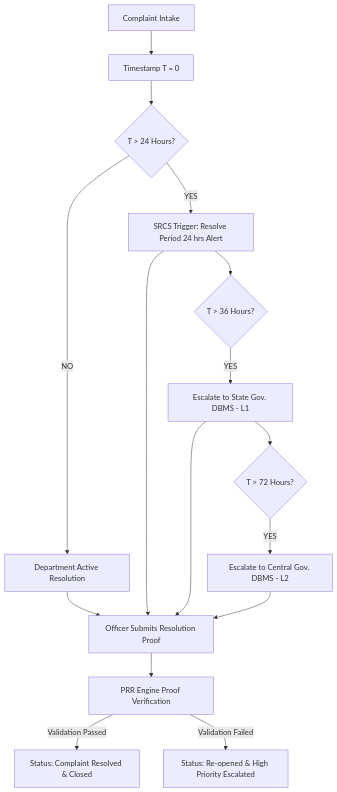
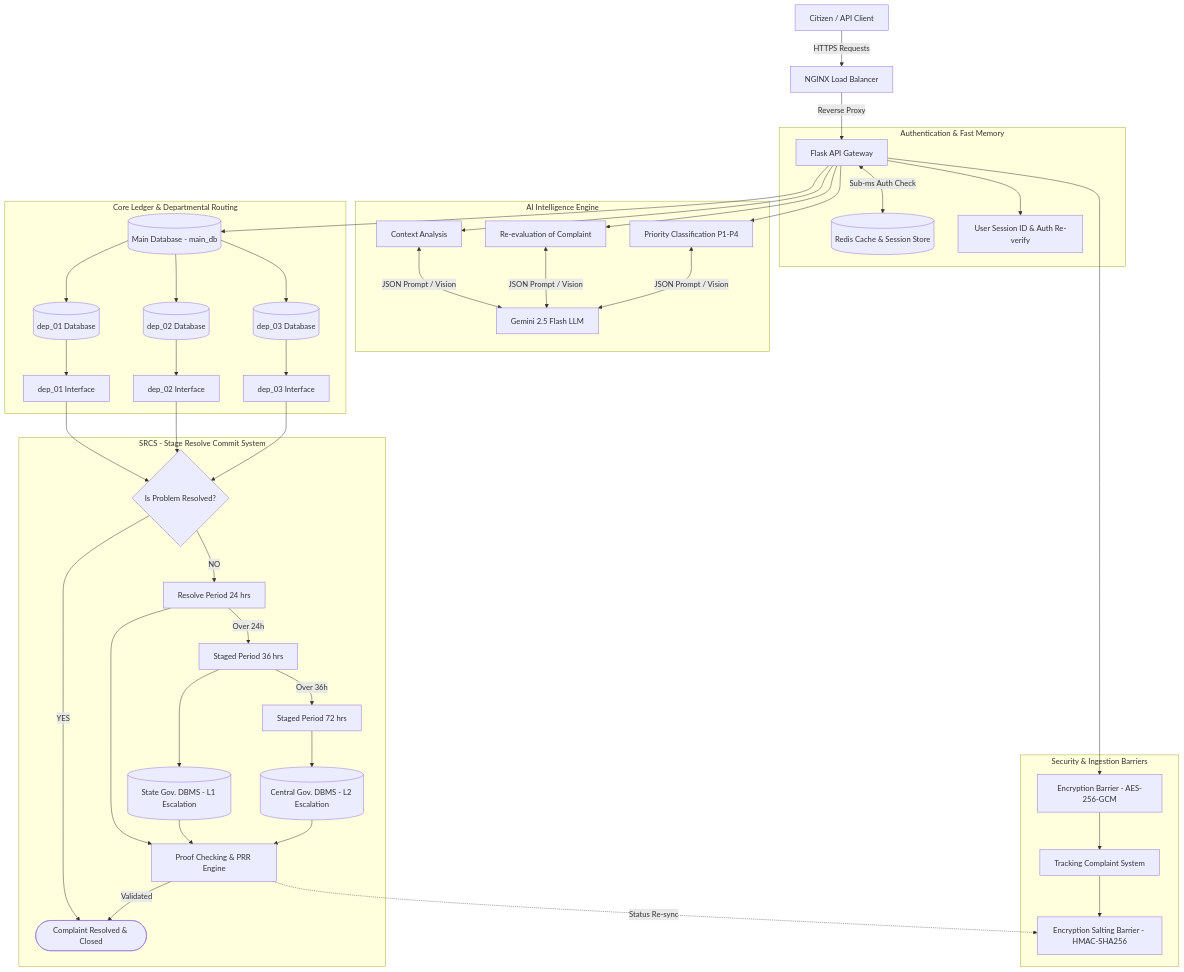
The diagram in docs/Security_audits.md (CSMU-CodeSync/SIH_02-), drawn with Mermaid before and after one commit. The commit also changed other lines of this file and 10 other files, not shown here.

Commit message:
Update all markdown files with complete architecture diagrams and component references

````diff
--- a/docs/Security_audits.md
+++ b/docs/Security_audits.md
@@ -25,19 +14,45 @@
 ```mermaid
 flowchart TD
- Complaint[Complaint Intake] --> T0[Timestamp T = 0]
- T0 --> Check24{T > 24 Hours?}
- Check24 -- NO --> Active[Department Active Resolution]
- Check24 -- YES --> SLA24[SRCS Trigger: Resolve Period 24 hrs Alert]
- 
- SLA24 --> Check36{T > 36 Hours?}
- Check36 -- YES --> SLA36[Escalate to State Gov. DBMS - L1]
- 
- SLA36 --> Check72{T > 72 Hours?}
- Check72 -- YES --> SLA72[Escalate to Central Gov. DBMS - L2]
- 
- Active & SLA24 & SLA36 & SLA72 --> OfficerSubmit[Officer Submits Resolution Proof]
- OfficerSubmit --> PRRVerify[PRR Engine Proof Verification]
- 
- PRRVerify -- Validation Passed --> Close[Status: Complaint Resolved & Closed]
- PRRVerify -- Validation Failed --> Reopen[Status: Re-opened & High Priority Escalated]
+    Client[Citizen / API Client] -->|HTTPS Requests| NGINX[NGINX Load Balancer]
+    NGINX -->|Reverse Proxy| Flask[Flask API Gateway]
+    
+    subgraph Authentication & Fast Memory
+        Flask <-->|Sub-ms Auth Check| Redis[(Redis Cache & Session Store)]
+        Flask --> Auth[User Session ID & Auth Re-verify]
+    end
+
+    subgraph Security & Ingestion Barriers
+        Flask --> EncBarrier[Encryption Barrier - AES-256-GCM]
+        EncBarrier --> Tracking[Tracking Complaint System]
+        Tracking --> SaltBarrier[Encryption Salting Barrier - HMAC-SHA256]
+    end
+
+    subgraph AI Intelligence Engine
+        Flask --> CtxAnalysis[Context Analysis]
+        Flask --> ReEval[Re-evaluation of Complaint]
+        Flask --> Priority[Priority Classification P1-P4]
+        CtxAnalysis & ReEval & Priority <-->|JSON Prompt / Vision| Gemini[Gemini 2.5 Flash LLM]
+    end
+
+    subgraph Core Ledger & Departmental Routing
+        Flask --> MainDB[(Main Database - main_db)]
+        MainDB --> Dep1[(dep_01 Database)]
+        MainDB --> Dep2[(dep_02 Database)]
+        MainDB --> Dep3[(dep_03 Database)]
+        Dep1 --> Int1[dep_01 Interface]
+        Dep2 --> Int2[dep_02 Interface]
+        Dep3 --> Int3[dep_03 Interface]
+    end
+
+    subgraph SRCS - Stage Resolve Commit System
+        Int1 & Int2 & Int3 --> ResCheck{Is Problem Resolved?}
+        ResCheck -- YES --> Resolved([Complaint Resolved & Closed])
+        ResCheck -- NO --> SLA24[Resolve Period 24 hrs]
+        SLA24 -- Over 24h --> SLA36[Staged Period 36 hrs] --> StateDB[(State Gov. DBMS - L1 Escalation)]
+        SLA36 -- Over 36h --> SLA72[Staged Period 72 hrs] --> CentralDB[(Central Gov. DBMS - L2 Escalation)]
+        
+        SLA24 & StateDB & CentralDB --> PRR[Proof Checking & PRR Engine]
+        PRR -- Validated --> Resolved
+        PRR -. Status Re-sync .-> SaltBarrier
+    end
 ```
````
